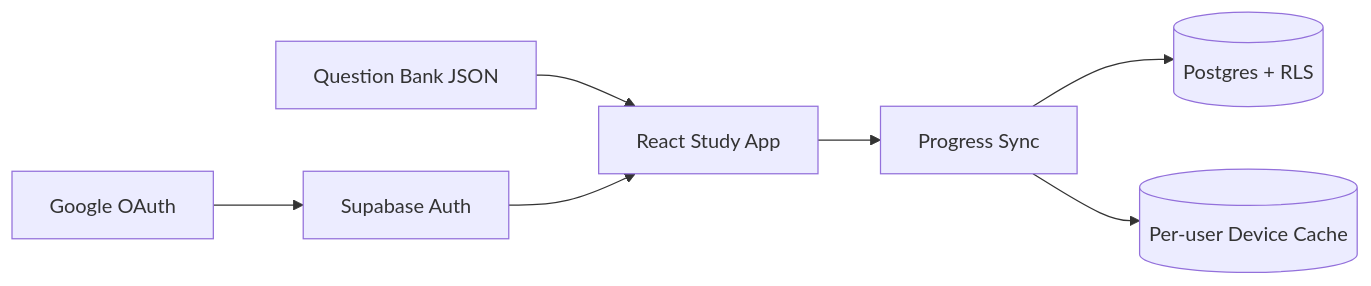
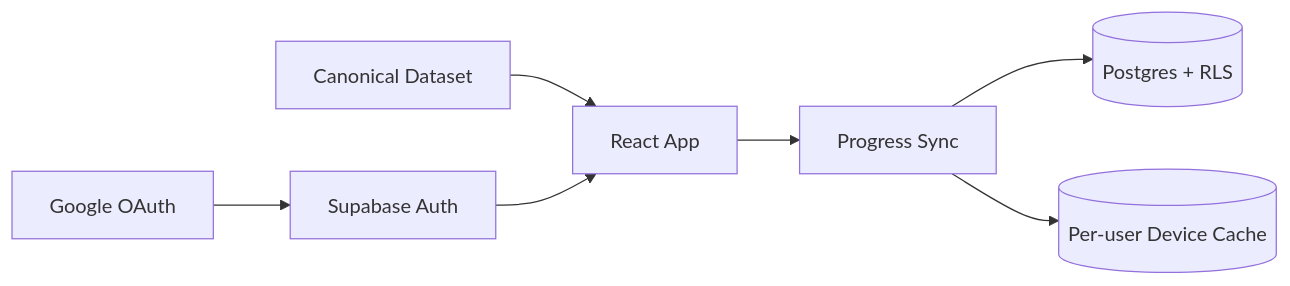
The second of 2 diagrams in README.md (allenchenhan99/gaoye-study-system), drawn with Mermaid before and after one commit. The commit also changed other lines of this file and 17 other files, not shown here.

First line of the commit message:
Make the question pipeline the canonical data source (#4)

````diff
--- a/README.md
+++ b/README.md
@@ -42,9 +99,9 @@
 ```mermaid
 flowchart LR
+    Dataset[Canonical Dataset] --> App[React App]
     Google[Google OAuth] --> Auth[Supabase Auth]
-    Bank[Question Bank JSON] --> App[React Study App]
     Auth --> App
-    App --> Progress[Progress Sync]
-    Progress --> DB[(Postgres + RLS)]
-    Progress --> Cache[(Per-user Device Cache)]
+    App --> Sync[Progress Sync]
+    Sync --> DB[(Postgres + RLS)]
+    Sync --> Cache[(Per-user Device Cache)]
 ```
````
